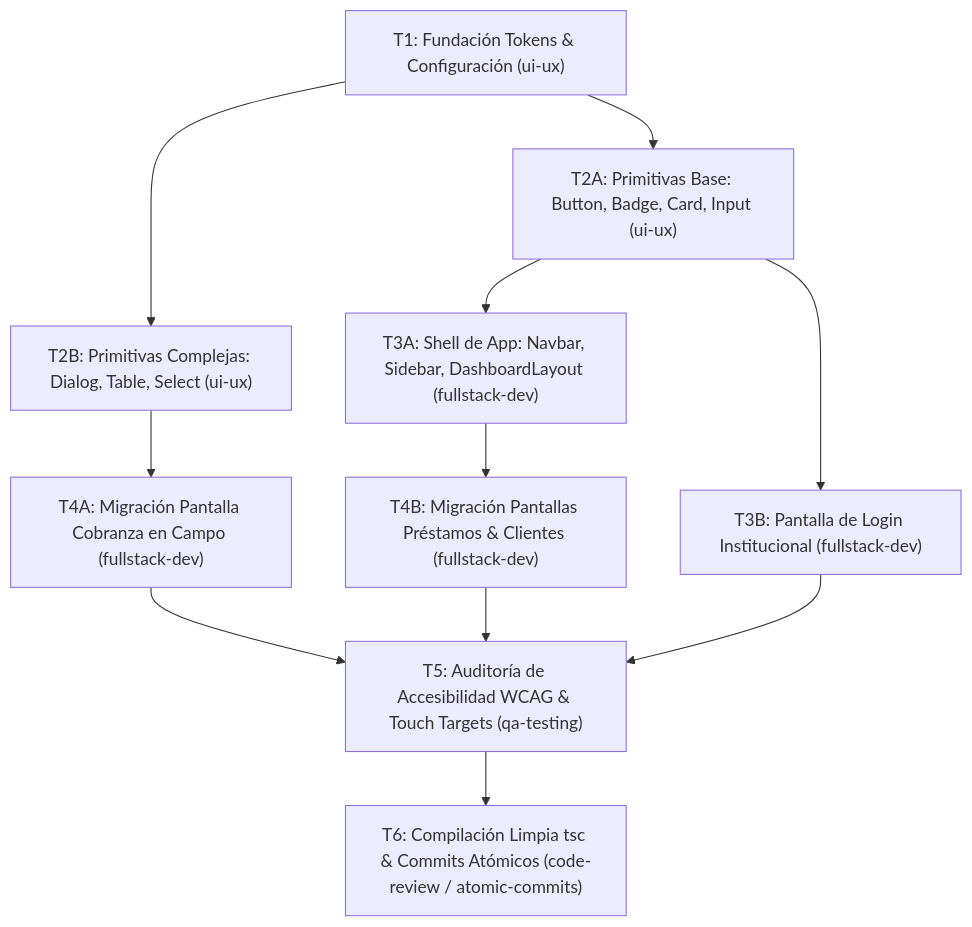
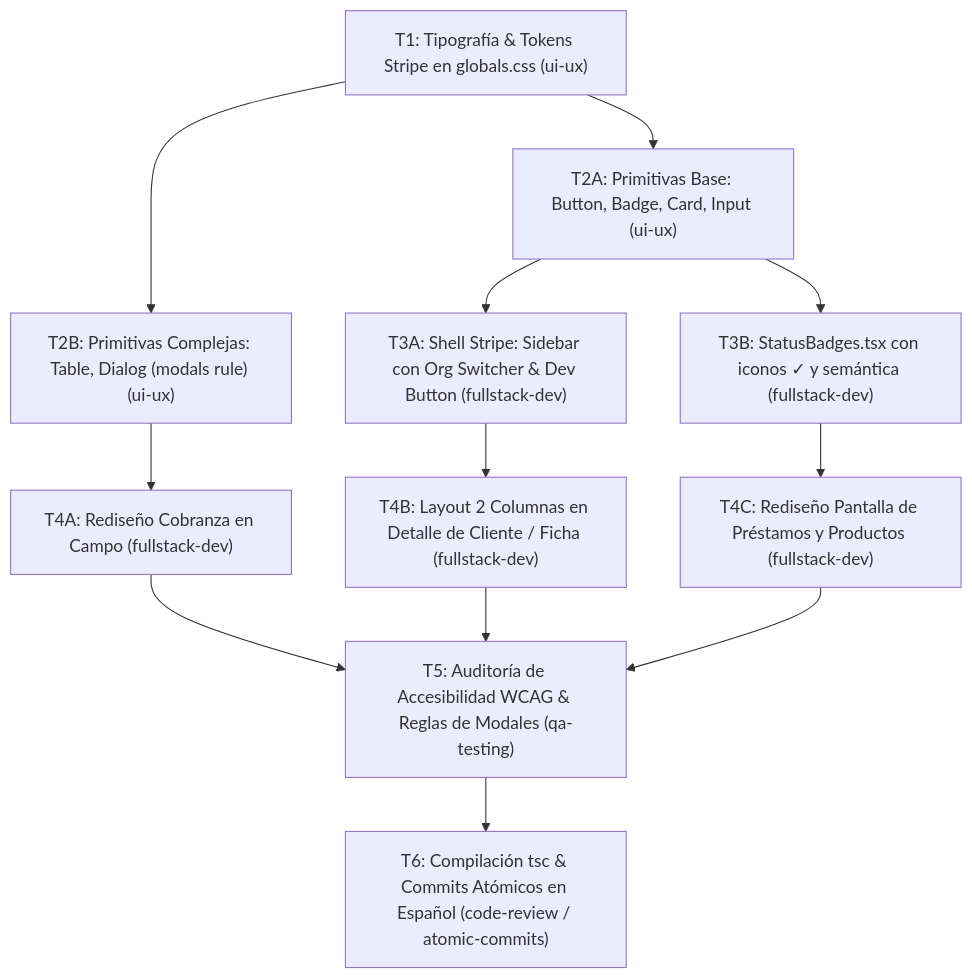
One commit to GCastilloDev/impulso changed the diagram in docs/sdd/SDD-001-redesign-institucional-shadcn.md. Above: the diagram before and after it, drawn with Mermaid. The commit also changed other lines of this file and 3 other files, not shown here.

Commit message:
docs(design-system): formalizar sistema de diseno stripe dashboard y actualizar sdd a v1.1

````diff
--- a/docs/sdd/SDD-001-redesign-institucional-shadcn.md
+++ b/docs/sdd/SDD-001-redesign-institucional-shadcn.md
@@ -78,19 +79,20 @@
 ```mermaid
 flowchart TD
-    T1["T1: Fundación Tokens & Configuración (ui-ux)"]
+    T1["T1: Tipografía & Tokens Stripe en globals.css (ui-ux)"]
     
     T1 --> T2A["T2A: Primitivas Base: Button, Badge, Card, Input (ui-ux)"]
-    T1 --> T2B["T2B: Primitivas Complejas: Dialog, Table, Select (ui-ux)"]
+    T1 --> T2B["T2B: Primitivas Complejas: Table, Dialog (modals rule) (ui-ux)"]
     
-    T2A --> T3A["T3A: Shell de App: Navbar, Sidebar, DashboardLayout (fullstack-dev)"]
-    T2A --> T3B["T3B: Pantalla de Login Institucional (fullstack-dev)"]
+    T2A --> T3A["T3A: Shell Stripe: Sidebar con Org Switcher & Dev Button (fullstack-dev)"]
+    T2A --> T3B["T3B: StatusBadges.tsx con iconos ✓ y semántica (fullstack-dev)"]
     
-    T2B --> T4A["T4A: Migración Pantalla Cobranza en Campo (fullstack-dev)"]
-    T3A --> T4B["T4B: Migración Pantallas Préstamos & Clientes (fullstack-dev)"]
+    T2B --> T4A["T4A: Rediseño Cobranza en Campo (fullstack-dev)"]
+    T3A --> T4B["T4B: Layout 2 Columnas en Detalle de Cliente / Ficha (fullstack-dev)"]
+    T3B --> T4C["T4C: Rediseño Pantalla de Préstamos y Productos (fullstack-dev)"]
     
-    T4A --> T5["T5: Auditoría de Accesibilidad WCAG & Touch Targets (qa-testing)"]
+    T4A --> T5["T5: Auditoría de Accesibilidad WCAG & Reglas de Modales (qa-testing)"]
     T4B --> T5
-    T3B --> T5
+    T4C --> T5
     
-    T5 --> T6["T6: Compilación Limpia tsc & Commits Atómicos (code-review / atomic-commits)"]
+    T5 --> T6["T6: Compilación tsc & Commits Atómicos en Español (code-review / atomic-commits)"]
 ```
````
